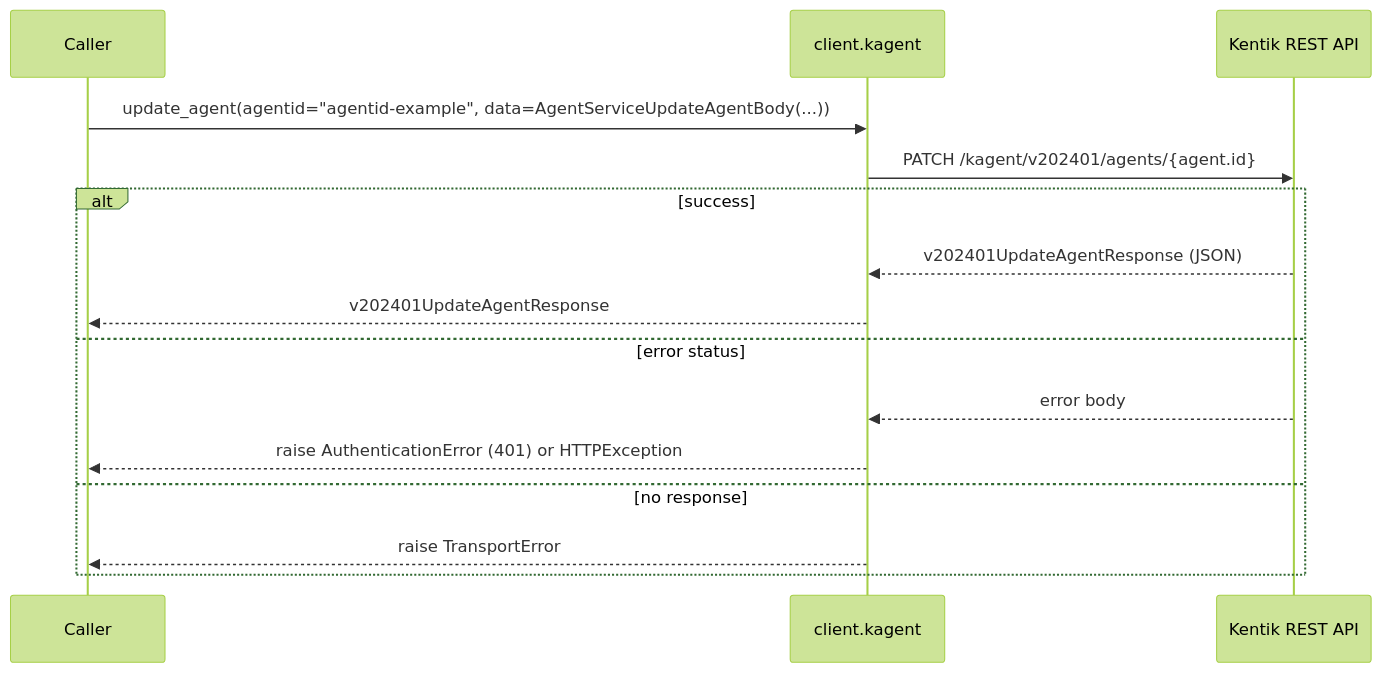
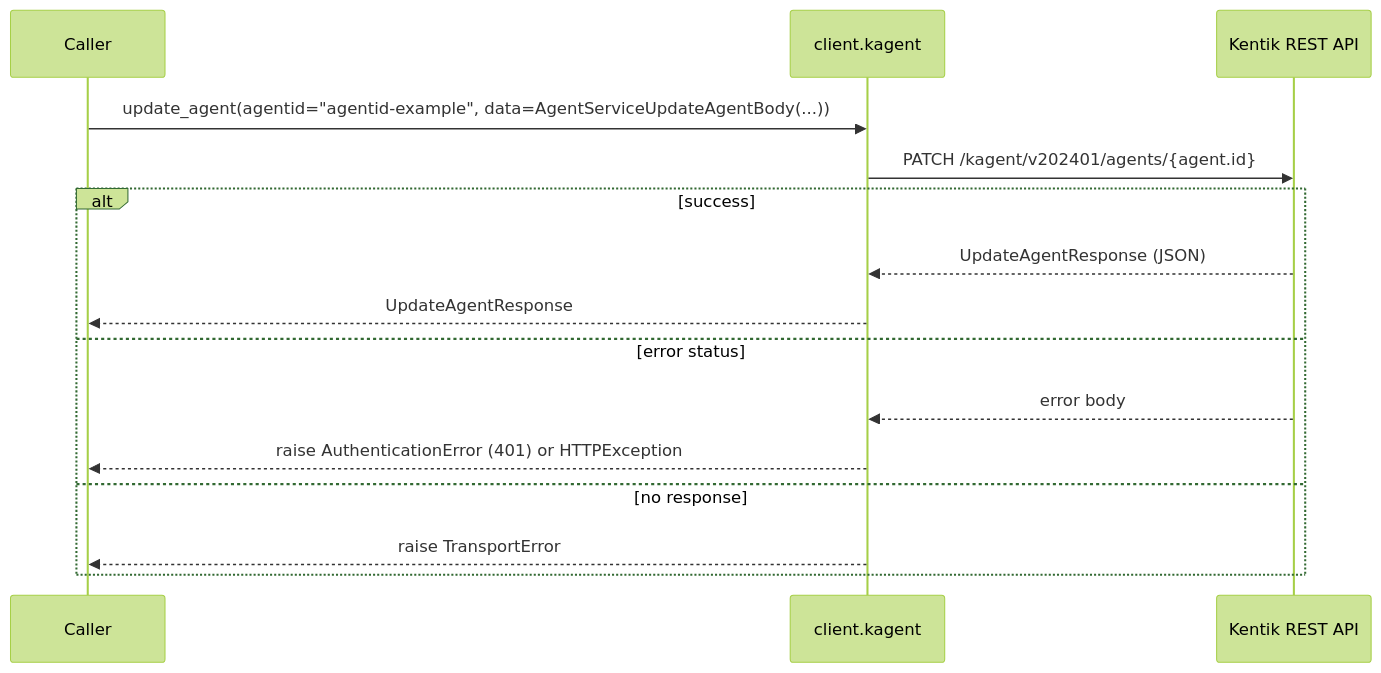
Before and after one commit to alexdearaujo/community_sdk_python: diagram 12 of 58 in docs/sphinx/services/kagent.md, drawn with Mermaid (forest theme). The commit also changed other lines of this file and 38 other files, not shown here.

````diff
--- a/docs/sphinx/services/kagent.md
+++ b/docs/sphinx/services/kagent.md
@@ -422,18 +422,18 @@
 ```mermaid
 sequenceDiagram
     participant C as Caller
     participant W as client.kagent
     participant API as Kentik REST API
 
     C->>W: update_agent(agentid="agentid-example", data=AgentServiceUpdateAgentBody(...))
     W->>API: PATCH /kagent/v202401/agents/{agent.id}
     alt success
-        API-->>W: v202401UpdateAgentResponse (JSON)
-        W-->>C: v202401UpdateAgentResponse
+        API-->>W: UpdateAgentResponse (JSON)
+        W-->>C: UpdateAgentResponse
     else error status
         API-->>W: error body
         W-->>C: raise AuthenticationError (401) or HTTPException
     else no response
         W-->>C: raise TransportError
     end
 ```
````
